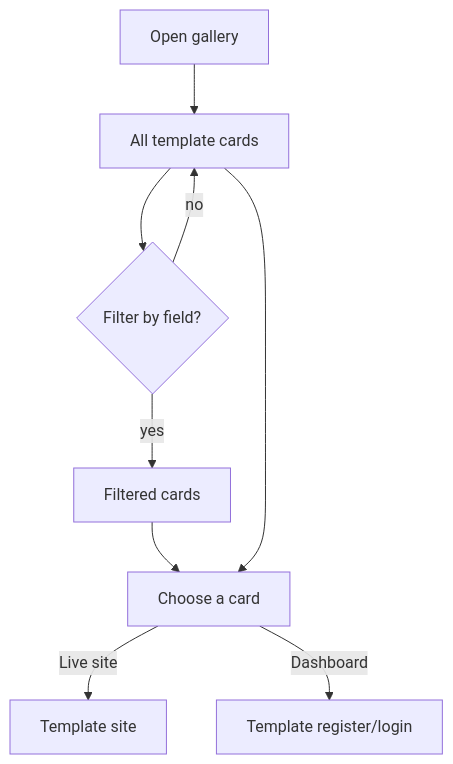
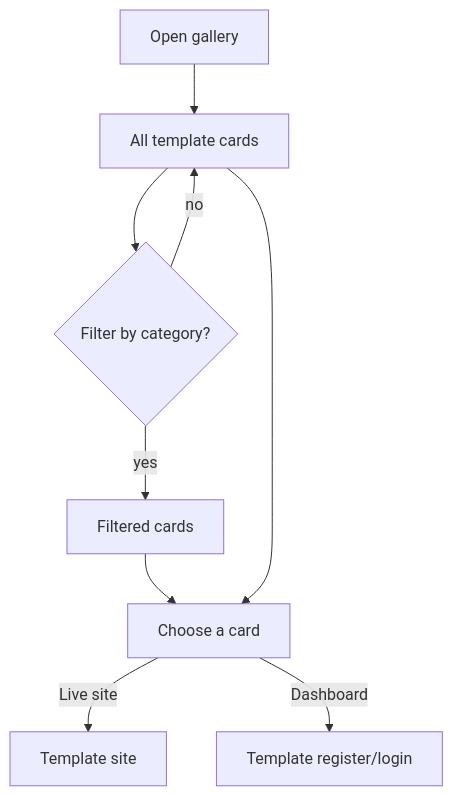
Before and after one commit to AhmedElnagarUU/Demmoss: the diagram in docs/features/gallery.md, drawn with Mermaid. The commit also changed other lines of this file and 13 other files, not shown here.

````diff
--- a/docs/features/gallery.md
+++ b/docs/features/gallery.md
@@ -26,11 +27,11 @@
 ```mermaid
 flowchart TD
   O[Open gallery] --> L[All template cards]
-  L --> F{Filter by field?}
+  L --> F{Filter by category?}
   F -->|yes| FL[Filtered cards]
   F -->|no| L
   FL --> C[Choose a card]
   L --> C
   C -->|Live site| SITE[Template site]
   C -->|Dashboard| DASH[Template register/login]
 ```
````
